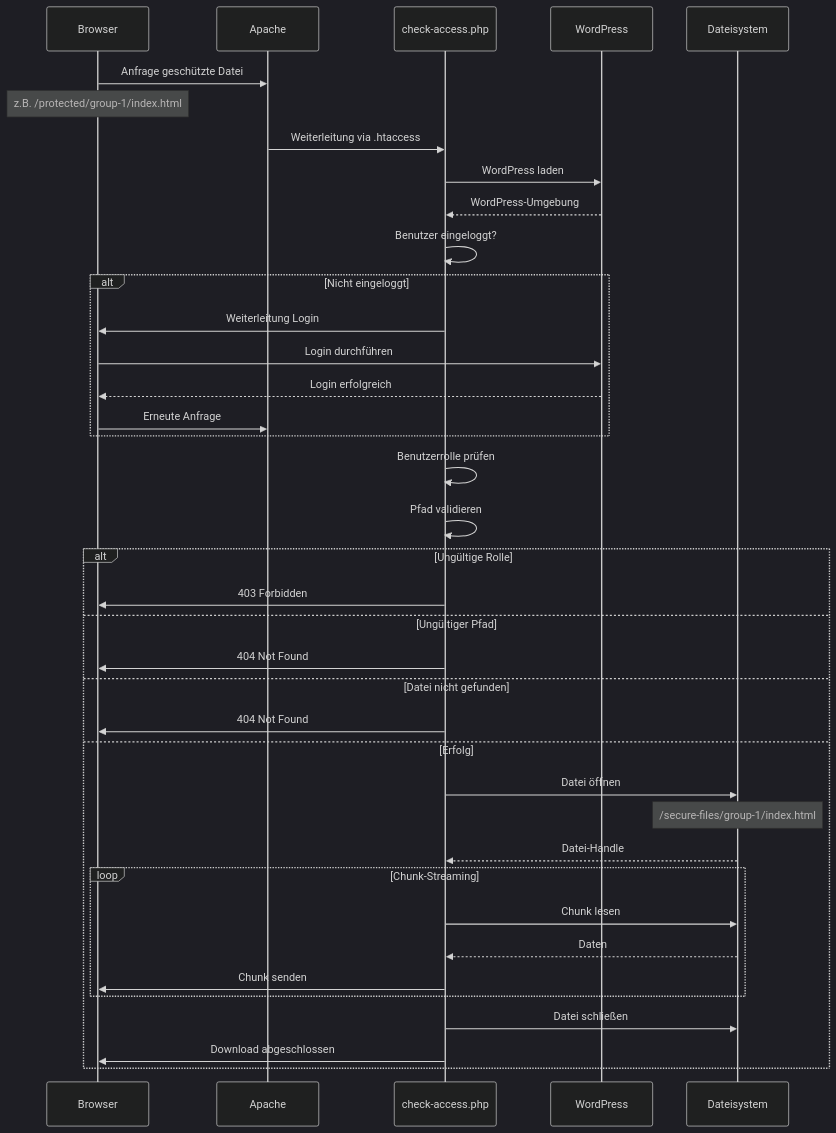
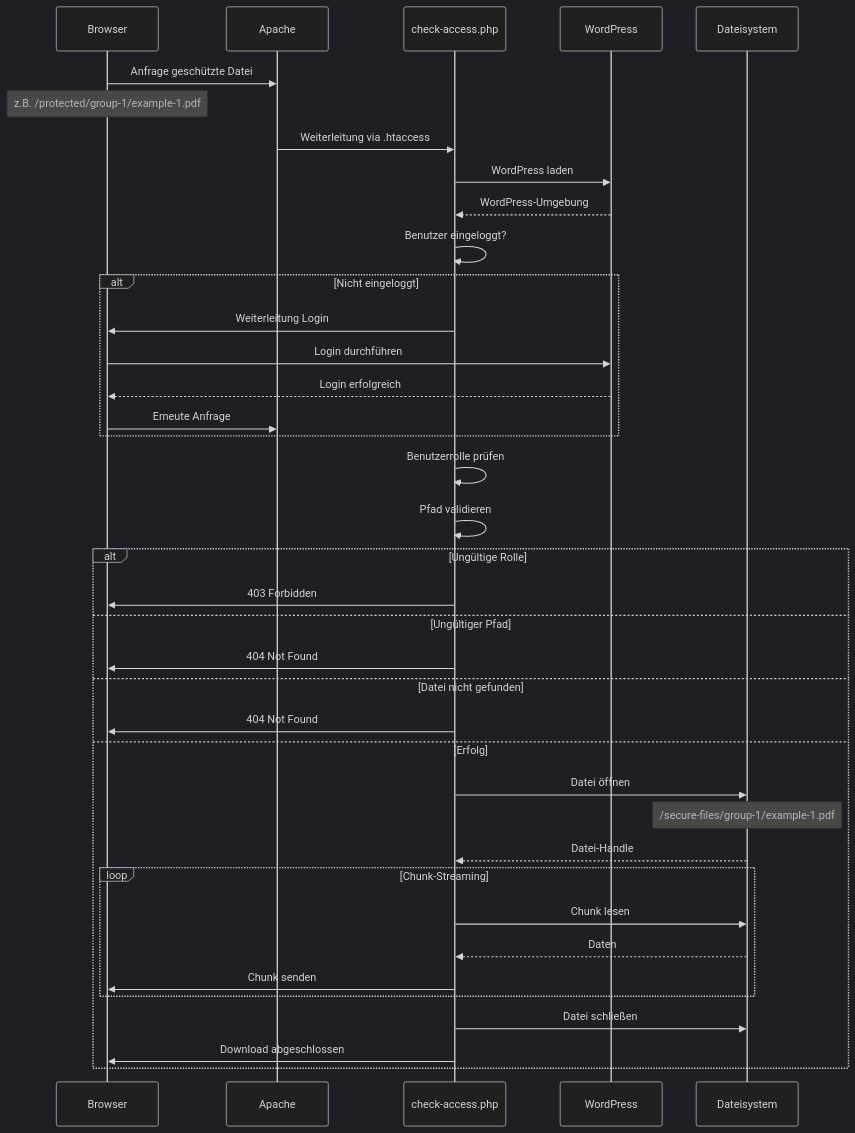
The first of 2 diagrams in docs/technical.md (rfluethi/Easy-File-Lock), drawn with Mermaid before and after one commit. The commit also changed other lines of this file and 8 other files, not shown here.

````diff
--- a/docs/technical.md
+++ b/docs/technical.md
@@ -321,48 +338,48 @@
 ```mermaid
 %%{init: {'theme': 'dark', 'themeVariables': { 'primaryColor': '#4a9eff', 'primaryTextColor': '#ffffff', 'primaryBorderColor': '#4a9eff', 'lineColor': '#4a9eff', 'secondaryColor': '#2d2d2d', 'tertiaryColor': '#2d2d2d'}}}%%
 sequenceDiagram
     participant B as Browser
     participant A as Apache
     participant C as check-access.php
     participant W as WordPress
     participant F as Dateisystem
 
     B->>A: Anfrage geschützte Datei
-    Note over B: z.B. /protected/group-1/index.html
+    Note over B: z.B. /protected/group-1/example-1.pdf
     A->>C: Weiterleitung via .htaccess
     
     C->>W: WordPress laden
     W-->>C: WordPress-Umgebung
     
     C->>C: Benutzer eingeloggt?
     alt Nicht eingeloggt
         C->>B: Weiterleitung Login
         B->>W: Login durchführen
         W-->>B: Login erfolgreich
         B->>A: Erneute Anfrage
     end
     
     C->>C: Benutzerrolle prüfen
     C->>C: Pfad validieren
     
     alt Ungültige Rolle
         C->>B: 403 Forbidden
     else Ungültiger Pfad
         C->>B: 404 Not Found
     else Datei nicht gefunden
         C->>B: 404 Not Found
     else Erfolg
         C->>F: Datei öffnen
-        Note over F: /secure-files/group-1/index.html
+        Note over F: /secure-files/group-1/example-1.pdf
         F-->>C: Datei-Handle
         
         loop Chunk-Streaming
             C->>F: Chunk lesen
             F-->>C: Daten
             C->>B: Chunk senden
         end
         
         C->>F: Datei schließen
         C->>B: Download abgeschlossen
     end
 ```
````
